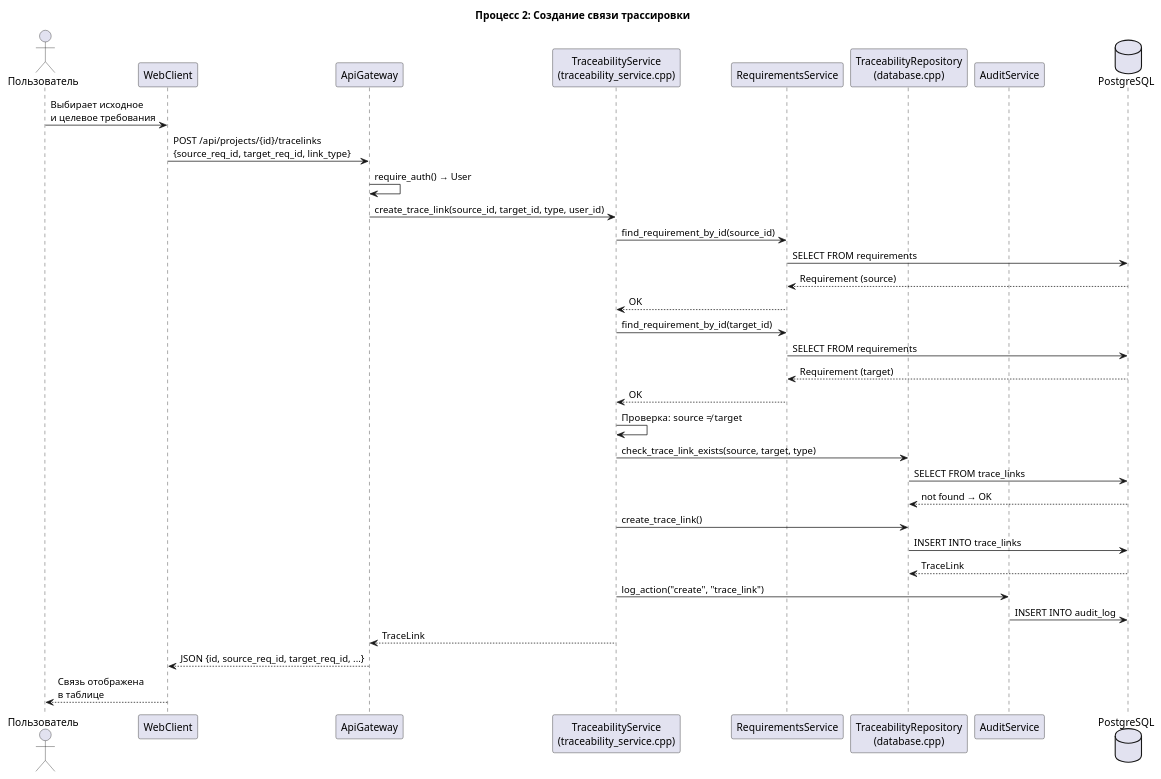
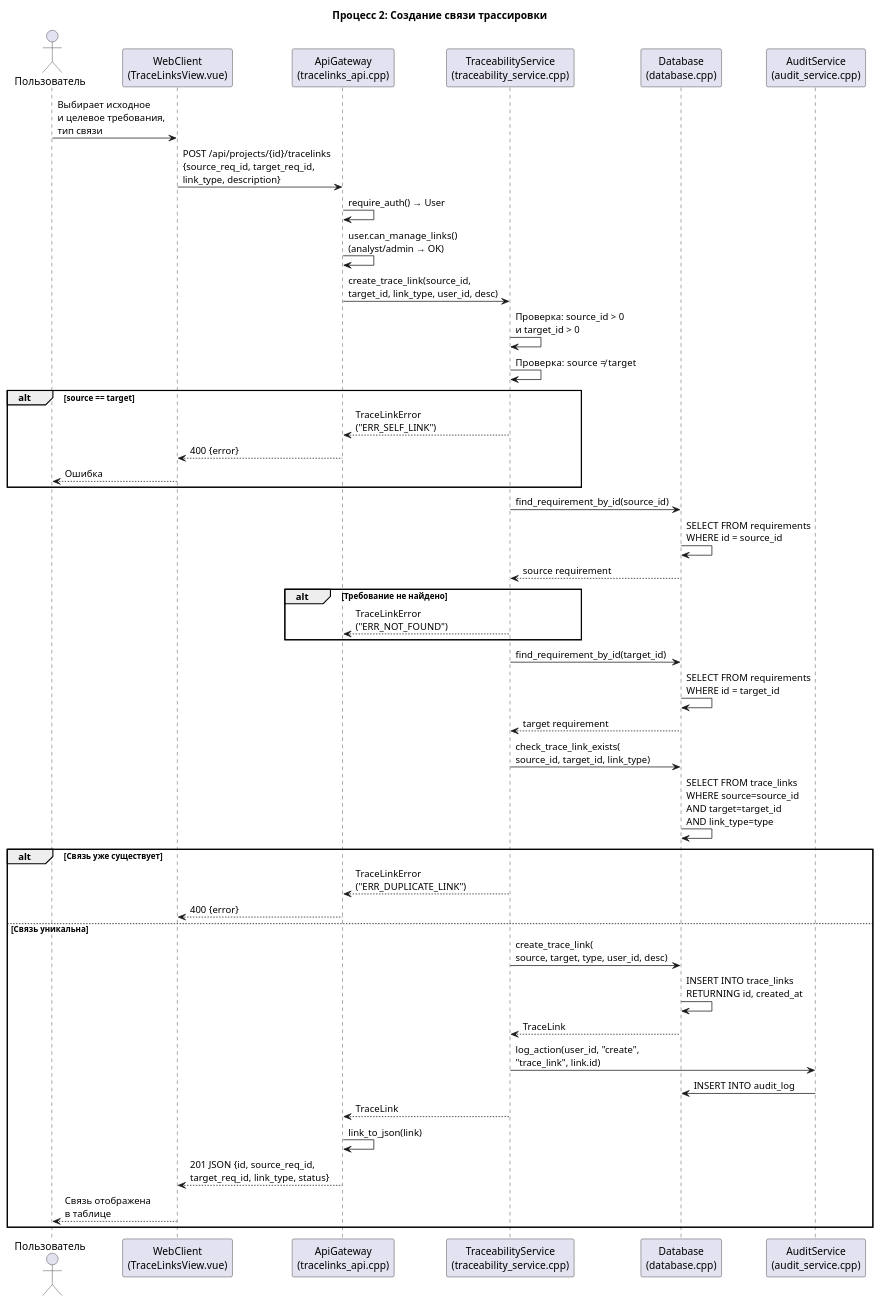
The diagram in docs/sequence_tracelink.puml (Ilya0217/sut), drawn with PlantUML before and after one commit. The commit also changed 9 other files, not shown here.

Commit message:
updated diagrams

```diff
--- a/docs/sequence_tracelink.puml
+++ b/docs/sequence_tracelink.puml
@@ -1,45 +1,61 @@
 @startuml "Процесс 2: Создание связи трассировки"
 
 title Процесс 2: Создание связи трассировки
 
 actor "Пользователь" as User
-participant "WebClient" as WC
-participant "ApiGateway" as AG
+participant "WebClient\n(TraceLinksView.vue)" as WC
+participant "ApiGateway\n(tracelinks_api.cpp)" as AG
 participant "TraceabilityService\n(traceability_service.cpp)" as TS
-participant "RequirementsService" as RS
-participant "TraceabilityRepository\n(database.cpp)" as TR
-participant "AuditService" as AS
-database "PostgreSQL" as DB
+participant "Database\n(database.cpp)" as DB
+participant "AuditService\n(audit_service.cpp)" as AS
 
-User -> WC : Выбирает исходное\nи целевое требования
-WC -> AG : POST /api/projects/{id}/tracelinks\n{source_req_id, target_req_id, link_type}
+User -> WC : Выбирает исходное\nи целевое требования,\nтип связи
+WC -> AG : POST /api/projects/{id}/tracelinks\n{source_req_id, target_req_id,\nlink_type, description}
 AG -> AG : require_auth() → User
+AG -> AG : user.can_manage_links()\n(analyst/admin → OK)
 
-AG -> TS : create_trace_link(source_id, target_id, type, user_id)
-TS -> RS : find_requirement_by_id(source_id)
-RS -> DB : SELECT FROM requirements
-DB --> RS : Requirement (source)
-RS --> TS : OK
+AG -> TS : create_trace_link(source_id,\ntarget_id, link_type, user_id, desc)
 
-TS -> RS : find_requirement_by_id(target_id)
-RS -> DB : SELECT FROM requirements
-DB --> RS : Requirement (target)
-RS --> TS : OK
+TS -> TS : Проверка: source_id > 0\nи target_id > 0
 
 TS -> TS : Проверка: source ≠ target
-TS -> TR : check_trace_link_exists(source, target, type)
-TR -> DB : SELECT FROM trace_links
-DB --> TR : not found → OK
 
-TS -> TR : create_trace_link()
-TR -> DB : INSERT INTO trace_links
-DB --> TR : TraceLink
+alt source == target
+    TS --> AG : TraceLinkError\n("ERR_SELF_LINK")
+    AG --> WC : 400 {error}
+    WC --> User : Ошибка
+end
 
-TS -> AS : log_action("create", "trace_link")
-AS -> DB : INSERT INTO audit_log
+TS -> DB : find_requirement_by_id(source_id)
+DB -> DB : SELECT FROM requirements\nWHERE id = source_id
+DB --> TS : source requirement
 
-TS --> AG : TraceLink
-AG --> WC : JSON {id, source_req_id, target_req_id, ...}
-WC --> User : Связь отображена\nв таблице
+alt Требование не найдено
+    TS --> AG : TraceLinkError\n("ERR_NOT_FOUND")
+end
+
+TS -> DB : find_requirement_by_id(target_id)
+DB -> DB : SELECT FROM requirements\nWHERE id = target_id
+DB --> TS : target requirement
+
+TS -> DB : check_trace_link_exists(\nsource_id, target_id, link_type)
+DB -> DB : SELECT FROM trace_links\nWHERE source=source_id\nAND target=target_id\nAND link_type=type
+
+alt Связь уже существует
+    TS --> AG : TraceLinkError\n("ERR_DUPLICATE_LINK")
+    AG --> WC : 400 {error}
+else Связь уникальна
+    TS -> DB : create_trace_link(\nsource, target, type, user_id, desc)
+    DB -> DB : INSERT INTO trace_links\nRETURNING id, created_at
+    DB --> TS : TraceLink
+
+    TS -> AS : log_action(user_id, "create",\n"trace_link", link.id)
+    AS -> DB : INSERT INTO audit_log
+
+    TS --> AG : TraceLink
+    AG -> AG : link_to_json(link)
+    AG --> WC : 201 JSON {id, source_req_id,\ntarget_req_id, link_type, status}
+    WC --> User : Связь отображена\nв таблице
+end
 
 @enduml
```
